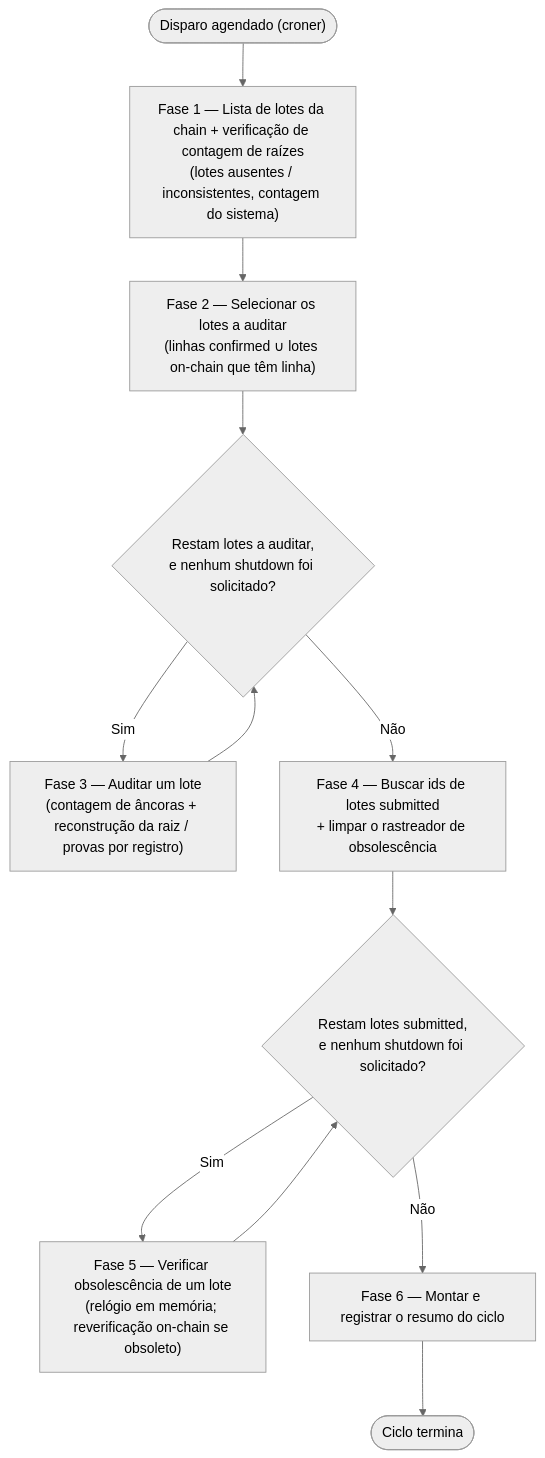
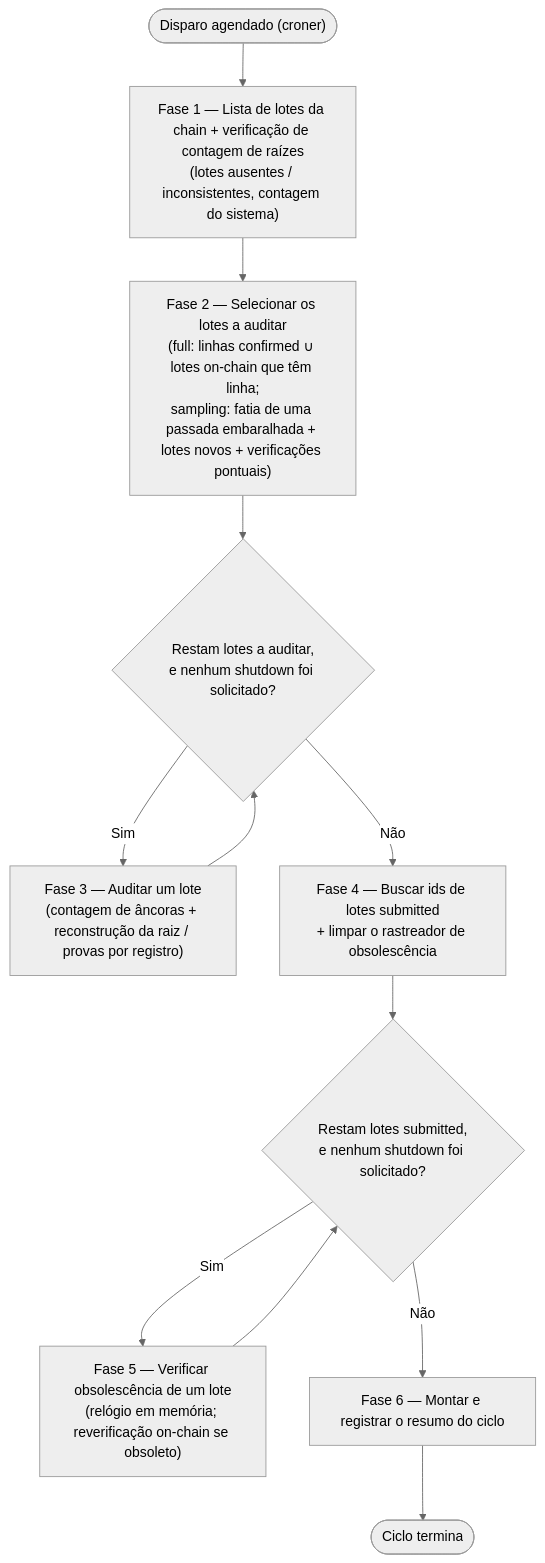
One commit to DanielCorbellini/madis changed the diagram in docs/pt-br/MONITOR_SERVICE_EXECUTION_CYCLE.md. Above: the diagram before and after it, drawn with Mermaid (neutral theme). The commit also changed other lines of this file and 1 other file, not shown here.

Commit message:
docs: describe the monitor's sampling mode (en and pt-br)

````diff
--- a/docs/pt-br/MONITOR_SERVICE_EXECUTION_CYCLE.md
+++ b/docs/pt-br/MONITOR_SERVICE_EXECUTION_CYCLE.md
@@ -59,14 +59,14 @@
 ```mermaid
 flowchart TD
     Start(["Disparo agendado (croner)"]) --> P1["Fase 1 — Lista de lotes da chain + verificação de contagem de raízes<br/>(lotes ausentes / inconsistentes, contagem do sistema)"]
-    P1 --> P2["Fase 2 — Selecionar os lotes a auditar<br/>(linhas confirmed ∪ lotes on-chain que têm linha)"]
+    P1 --> P2["Fase 2 — Selecionar os lotes a auditar<br/>(full: linhas confirmed ∪ lotes on-chain que têm linha;<br/>sampling: fatia de uma passada embaralhada + lotes novos + verificações pontuais)"]
     P2 --> D1{"Restam lotes a auditar,<br/>e nenhum shutdown foi solicitado?"}
     D1 -- Sim --> P3["Fase 3 — Auditar um lote<br/>(contagem de âncoras + reconstrução da raiz / provas por registro)"]
     P3 --> D1
     D1 -- Não --> P4["Fase 4 — Buscar ids de lotes submitted<br/>+ limpar o rastreador de obsolescência"]
     P4 --> D2{"Restam lotes submitted,<br/>e nenhum shutdown foi solicitado?"}
     D2 -- Sim --> P5["Fase 5 — Verificar obsolescência de um lote<br/>(relógio em memória; reverificação on-chain se obsoleto)"]
     P5 --> D2
     D2 -- Não --> P6["Fase 6 — Montar e registrar o resumo do ciclo"]
     P6 --> End(["Ciclo termina"])
 ```
````
